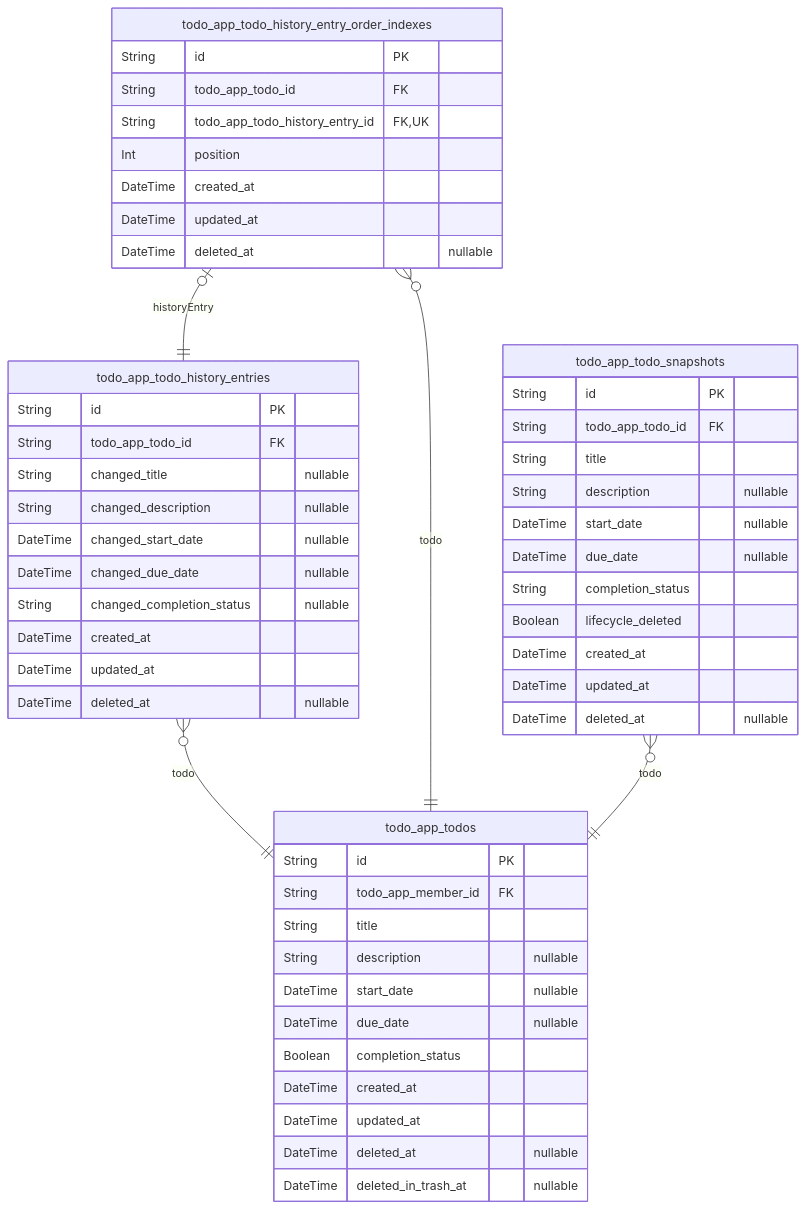
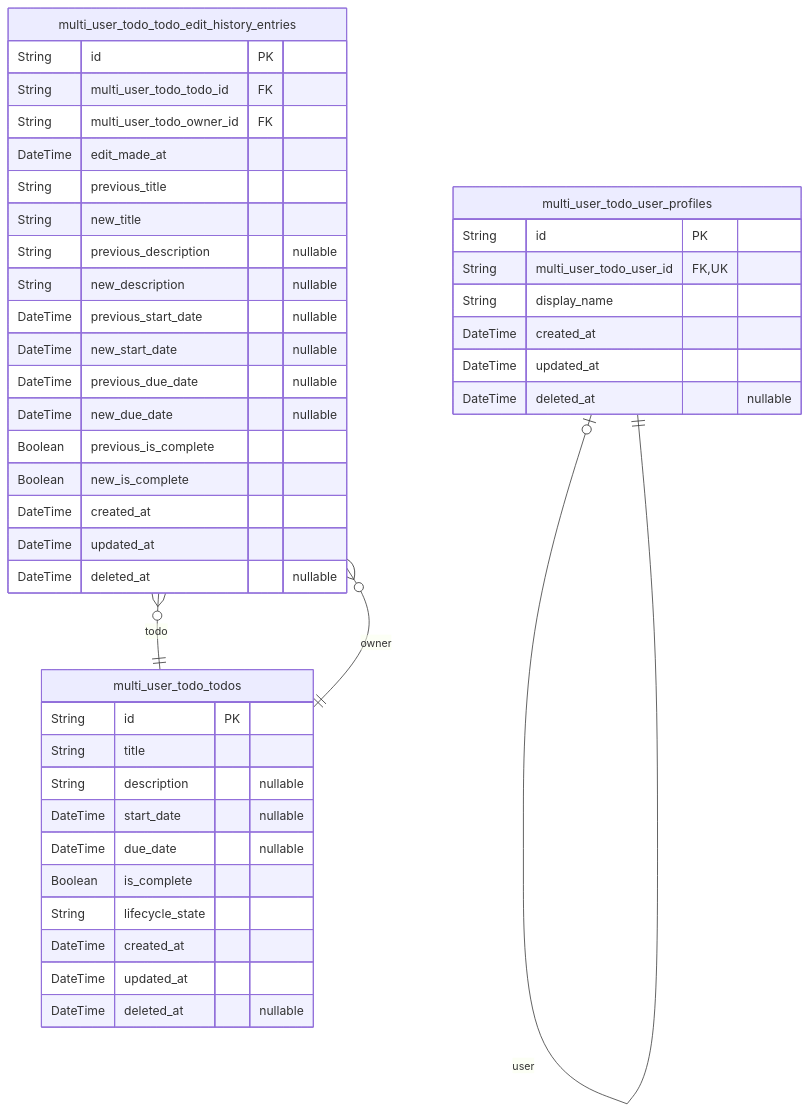
Before and after one commit to wrtnlabs/autobe-examples: the diagram in openai/gpt-5.4-nano/todo/docs/ERD.md, drawn with Mermaid. The commit also changed other lines of this file and 32093 other files, not shown here.

````diff
--- a/openai/gpt-5.4-nano/todo/docs/ERD.md
+++ b/openai/gpt-5.4-nano/todo/docs/ERD.md
@@ -260,54 +9,45 @@
 ```mermaid
 erDiagram
-"todo_app_todo_history_entries" {
+"multi_user_todo_user_profiles" {
   String id PK
-  String todo_app_todo_id FK
-  String changed_title "nullable"
-  String changed_description "nullable"
-  DateTime changed_start_date "nullable"
-  DateTime changed_due_date "nullable"
-  String changed_completion_status "nullable"
+  String multi_user_todo_user_id FK,UK
+  String display_name
   DateTime created_at
   DateTime updated_at
   DateTime deleted_at "nullable"
 }
-"todo_app_todo_history_entry_order_indexes" {
+"multi_user_todo_todos" {
   String id PK
-  String todo_app_todo_id FK
-  String todo_app_todo_history_entry_id FK,UK
-  Int position
+  String title
+  String description "nullable"
+  DateTime start_date "nullable"
+  DateTime due_date "nullable"
+  Boolean is_complete
+  String lifecycle_state
   DateTime created_at
   DateTime updated_at
   DateTime deleted_at "nullable"
 }
-"todo_app_todos" {
+"multi_user_todo_todo_edit_history_entries" {
   String id PK
-  String todo_app_member_id FK
-  String title
-  String description "nullable"
-  DateTime start_date "nullable"
-  DateTime due_date "nullable"
-  Boolean completion_status
-  DateTime created_at
-  DateTime updated_at
-  DateTime deleted_at "nullable"
-  DateTime deleted_in_trash_at "nullable"
-}
-"todo_app_todo_snapshots" {
-  String id PK
-  String todo_app_todo_id FK
-  String title
-  String description "nullable"
-  DateTime start_date "nullable"
-  DateTime due_date "nullable"
-  String completion_status
-  Boolean lifecycle_deleted
+  String multi_user_todo_todo_id FK
+  String multi_user_todo_owner_id FK
+  DateTime edit_made_at
+  String previous_title
+  String new_title
+  String previous_description "nullable"
+  String new_description "nullable"
+  DateTime previous_start_date "nullable"
+  DateTime new_start_date "nullable"
+  DateTime previous_due_date "nullable"
+  DateTime new_due_date "nullable"
+  Boolean previous_is_complete
+  Boolean new_is_complete
   DateTime created_at
   DateTime updated_at
   DateTime deleted_at "nullable"
 }
-"todo_app_todo_history_entries" }o--|| "todo_app_todos" : todo
-"todo_app_todo_history_entry_order_indexes" }o--|| "todo_app_todos" : todo
-"todo_app_todo_history_entry_order_indexes" |o--|| "todo_app_todo_history_entries" : historyEntry
-"todo_app_todo_snapshots" }o--|| "todo_app_todos" : todo
+"multi_user_todo_user_profiles" |o--|| "multi_user_todo_user_profiles" : user
+"multi_user_todo_todo_edit_history_entries" }o--|| "multi_user_todo_todos" : todo
+"multi_user_todo_todo_edit_history_entries" }o--|| "multi_user_todo_todos" : owner
 ```
````
